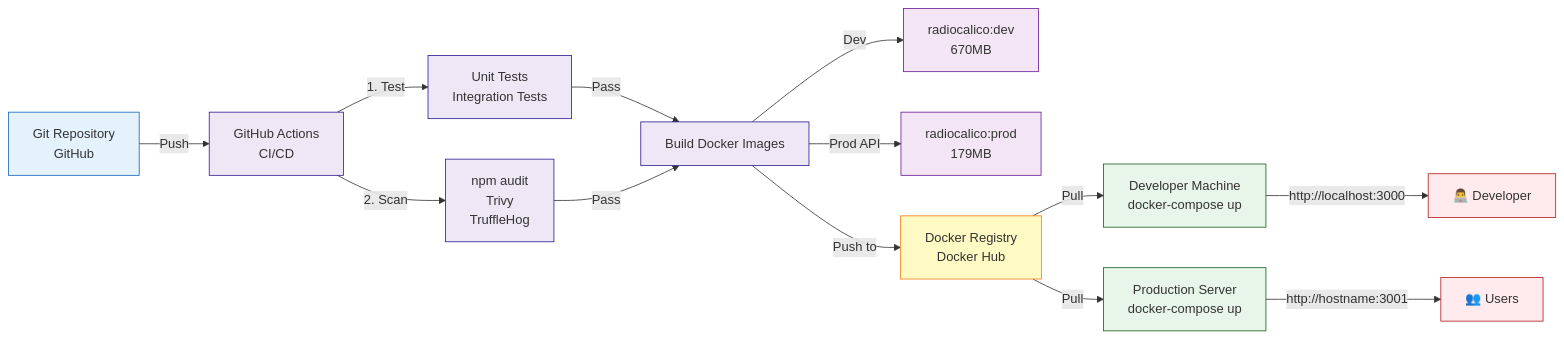
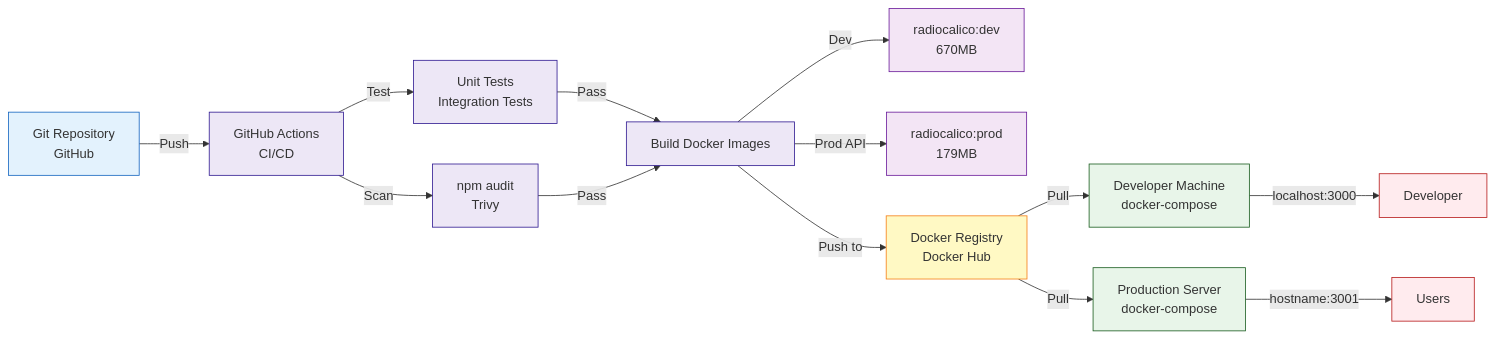
Before and after one commit to mbhoge/radiocalico: diagram 11 of 12 in ARCHITECTURE.md, drawn with Mermaid. The commit also changed other lines of this file, not shown here.

First line of the commit message:
Fix Mermaid diagram syntax errors in ARCHITECTURE.md

````diff
--- a/ARCHITECTURE.md
+++ b/ARCHITECTURE.md
@@ -594,36 +594,36 @@
 ```mermaid
 graph LR
     Git["Git Repository<br/>GitHub"]
     CI["GitHub Actions<br/>CI/CD"]
     
     Git -->|Push| CI
-    CI -->|1. Test| Testing["Unit Tests<br/>Integration Tests"]
-    CI -->|2. Scan| Security["npm audit<br/>Trivy<br/>TruffleHog"]
+    CI -->|Test| Testing["Unit Tests<br/>Integration Tests"]
+    CI -->|Scan| Security["npm audit<br/>Trivy"]
     Testing -->|Pass| Build["Build Docker Images"]
     Security -->|Pass| Build
     
     Build -->|Dev| DevImg["radiocalico:dev<br/>670MB"]
     Build -->|Prod API| ProdImg["radiocalico:prod<br/>179MB"]
     
     Build -->|Push to| Registry["Docker Registry<br/>Docker Hub"]
     
-    Registry -->|Pull| DevEnv["Developer Machine<br/>docker-compose up"]
-    Registry -->|Pull| ProdEnv["Production Server<br/>docker-compose up"]
+    Registry -->|Pull| DevEnv["Developer Machine<br/>docker-compose"]
+    Registry -->|Pull| ProdEnv["Production Server<br/>docker-compose"]
     
-    DevEnv -->|http://localhost:3000| DevUser["👨‍💻 Developer"]
-    ProdEnv -->|http://hostname:3001| Users["👥 Users"]
+    DevEnv -->|localhost:3000| DevUser["Developer"]
+    ProdEnv -->|hostname:3001| Users["Users"]
 
     classDef source fill:#e3f2fd,stroke:#1565c0
     classDef pipeline fill:#ede7f6,stroke:#311b92
     classDef images fill:#f3e5f5,stroke:#6a1b9a
     classDef registry fill:#fff9c4,stroke:#f57f17
     classDef deploy fill:#e8f5e9,stroke:#1b5e20
     classDef user fill:#ffebee,stroke:#b71c1c
 
     class Git source
     class CI,Testing,Security,Build pipeline
     class DevImg,ProdImg images
     class Registry registry
     class DevEnv,ProdEnv deploy
     class DevUser,Users user
 ```
````
